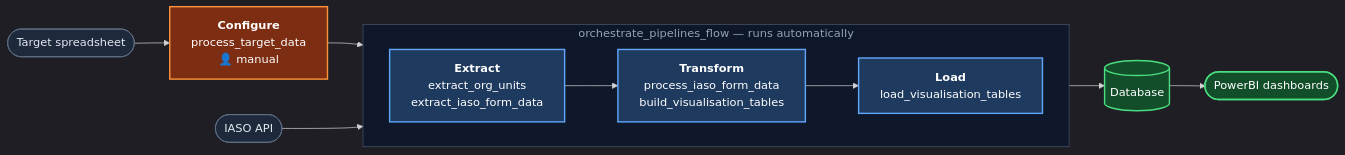
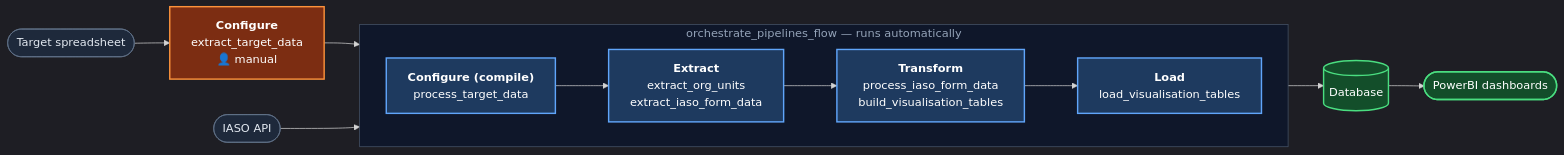
One commit to BLSQ/openhexa-pipelines-risp-niger-multicampaign changed the diagram in README.md. Above: the diagram before and after it, drawn with Mermaid. The commit also changed other lines of this file and 33 other files, not shown here.

````diff
--- a/README.md
+++ b/README.md
@@ -26,34 +26,35 @@
 ```mermaid
 %%{init: {'theme': 'dark'}}%%
 flowchart LR
     IASO(["IASO API"])
     TARGETS(["Target spreadsheet"])
 
-    CONFIGURE["<b>Configure</b><br/>process_target_data<br/>👤 manual"]
+    CONFIGURE["<b>Configure</b><br/>extract_target_data<br/>👤 manual"]
 
     subgraph AUTO[" orchestrate_pipelines_flow — runs automatically "]
         direction LR
+        COMPILE["<b>Configure (compile)</b><br/>process_target_data"]
         EXTRACT["<b>Extract</b><br/>extract_org_units<br/>extract_iaso_form_data"]
         TRANSFORM["<b>Transform</b><br/>process_iaso_form_data<br/>build_visualisation_tables"]
         LOAD["<b>Load</b><br/>load_visualisation_tables"]
-        EXTRACT --> TRANSFORM --> LOAD
+        COMPILE --> EXTRACT --> TRANSFORM --> LOAD
     end
 
     DB[("Database")]
     DASH(["PowerBI dashboards"])
 
-    TARGETS --> CONFIGURE --> TRANSFORM
+    TARGETS --> CONFIGURE --> COMPILE
     IASO --> EXTRACT
     LOAD --> DB --> DASH
 
     classDef manual fill:#7c2d12,stroke:#fb923c,color:#fff,stroke-width:2px
     classDef auto fill:#1e3a5f,stroke:#60a5fa,color:#fff,stroke-width:2px
     classDef io fill:#1e293b,stroke:#64748b,color:#e2e8f0,stroke-width:1px
     classDef out fill:#134e2a,stroke:#4ade80,color:#fff,stroke-width:2px
 
     class CONFIGURE manual
-    class EXTRACT,TRANSFORM,LOAD auto
+    class COMPILE,EXTRACT,TRANSFORM,LOAD auto
     class IASO,TARGETS io
     class DB,DASH out
     style AUTO fill:#0f172a,stroke:#475569,color:#94a3b8
 ```
````
